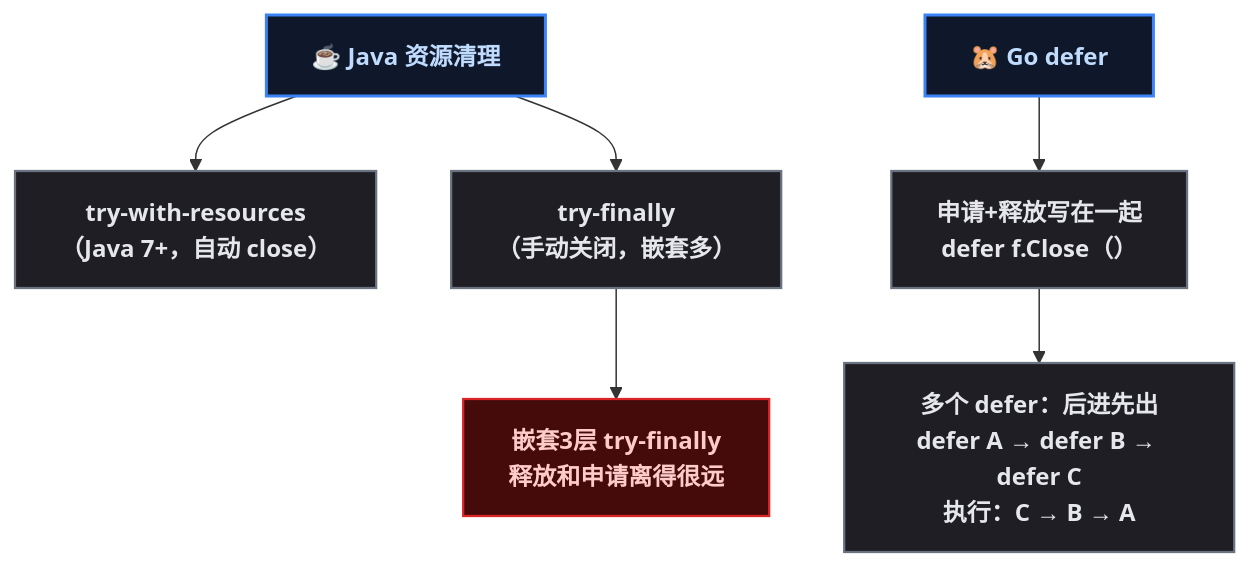
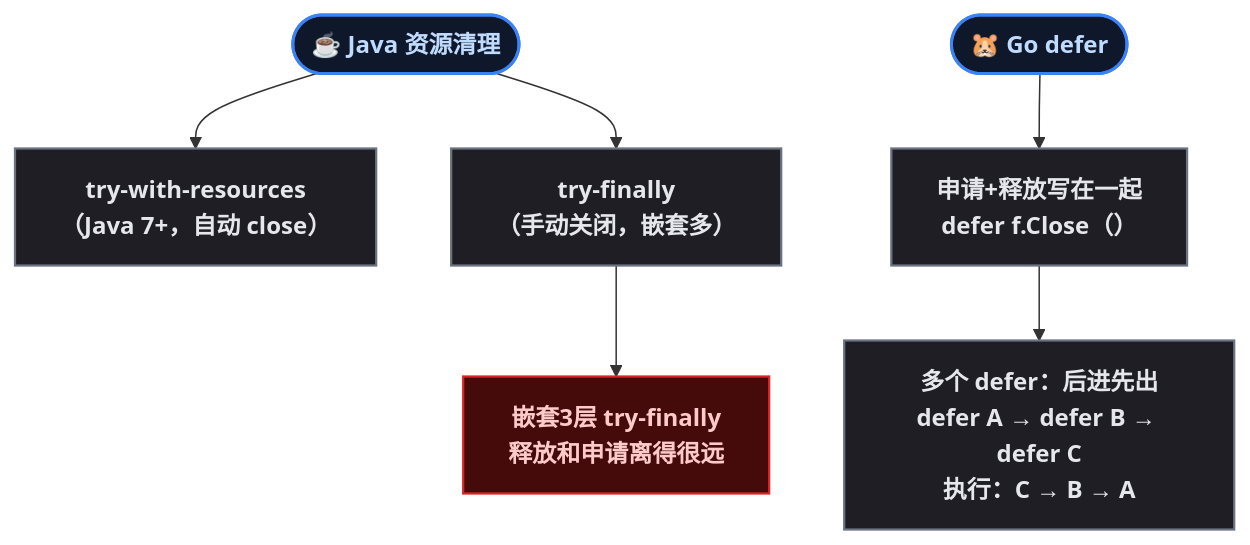
One commit to yaocat55/yaocat55.github.io changed the second of 4 diagrams in content/posts/go/JavaVsGoSyntax.md. Above: the diagram before and after it, drawn with Mermaid. The commit also changed other lines of this file and 14 other files, not shown here.

````diff
--- a/content/posts/go/JavaVsGoSyntax.md
+++ b/content/posts/go/JavaVsGoSyntax.md
@@ -348,17 +348,17 @@
 ```mermaid
 flowchart TD
-    JavaClean["☕ Java 资源清理"] --> JTR["try-with-resources\n（Java 7+，自动 close）"]
+    JavaClean(["☕ Java 资源清理"]) --> JTR["try-with-resources\n（Java 7+，自动 close）"]
     JavaClean --> JTF["try-finally\n（手动关闭，嵌套多）"]
     JTF --> JTFN["嵌套3层 try-finally\n释放和申请离得很远"]
     
-    GoClean["🐹 Go defer"] --> GD["申请+释放写在一起\ndefer f.Close（）"]
+    GoClean(["🐹 Go defer"]) --> GD["申请+释放写在一起\ndefer f.Close（）"]
     GD --> GLIFO["多个 defer：后进先出\ndefer A → defer B → defer C\n执行：C → B → A"]
     
 classDef root fill:#0f172a,stroke:#3b82f6,stroke-width:2px,color:#bfdbfe,font-weight:bold;
 classDef leaf fill:#1e1e24,stroke:#6b7280,stroke-width:1.5px,color:#e5e7eb;
 classDef reject fill:#450a0a,stroke:#dc2626,stroke-width:1.5px,color:#fecaca,font-weight:bold;
     
     class JavaClean,GoClean root
     class JTR,JTF,GD,GLIFO leaf
     class JTFN reject
 ```
````
